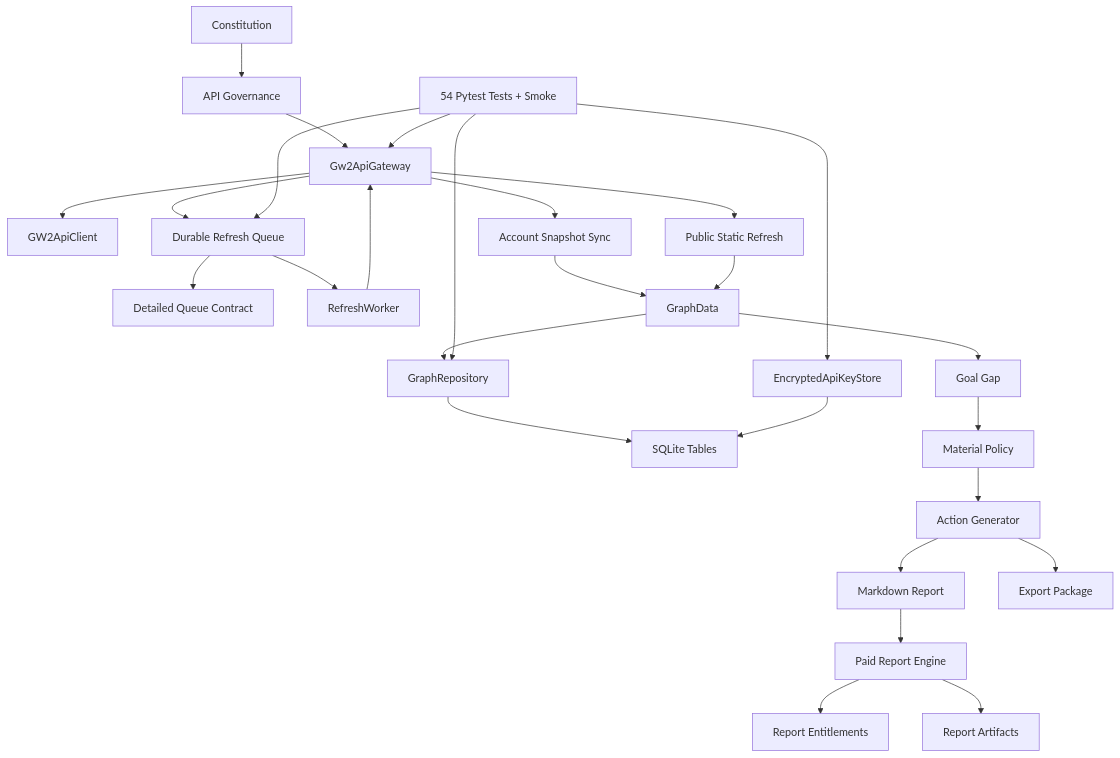
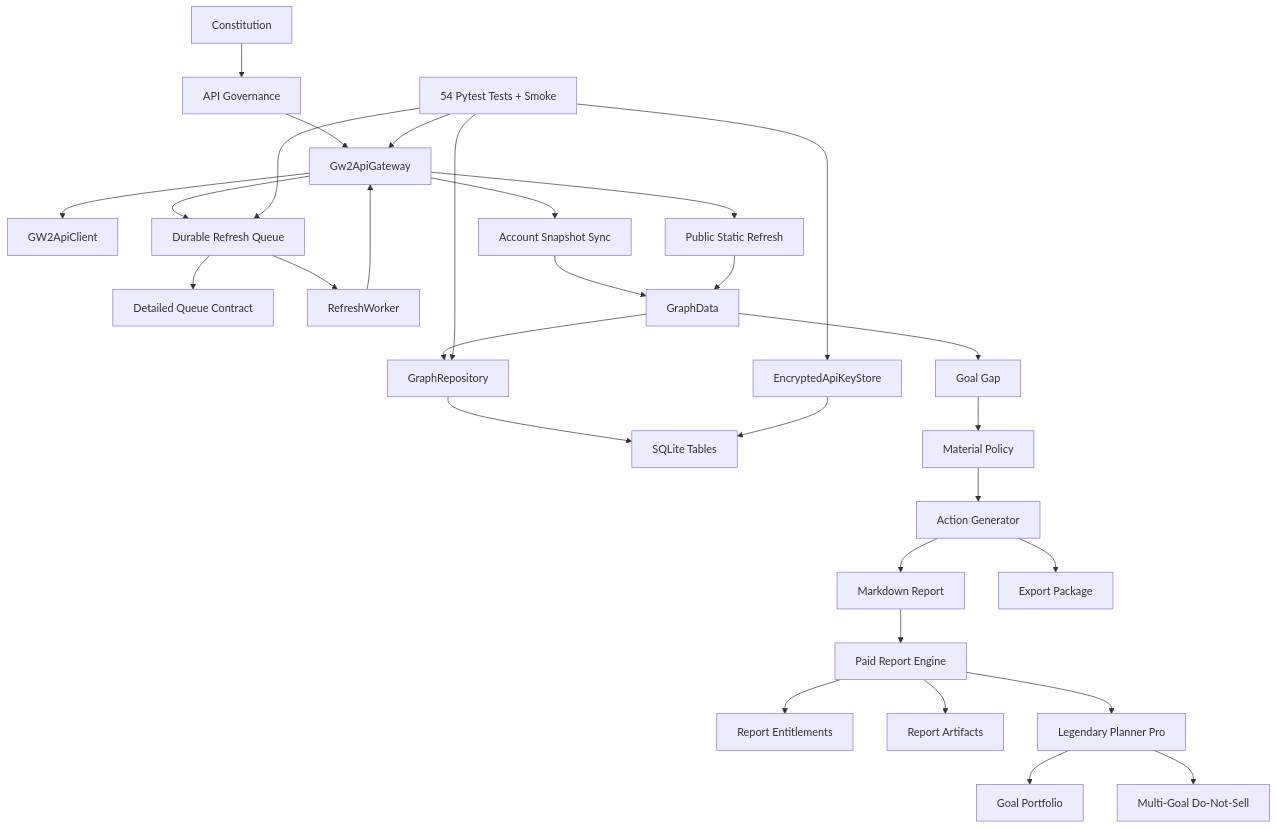
One commit to johnslee1207-commits/gw2radar changed the diagram in docs/analysis/POST_MVP_GRAPH_MATURITY_AND_ROADMAP.md. Above: the diagram before and after it, drawn with Mermaid. The commit also changed other lines of this file and 21 other files, not shown here.

Commit message:
Add legendary planner pro

````diff
--- a/docs/analysis/POST_MVP_GRAPH_MATURITY_AND_ROADMAP.md
+++ b/docs/analysis/POST_MVP_GRAPH_MATURITY_AND_ROADMAP.md
@@ -39,33 +39,36 @@
 ```mermaid
 flowchart TD
   Constitution["Constitution"] --> Governance["API Governance"]
   Governance --> Gateway["Gw2ApiGateway"]
   Gateway --> Client["GW2ApiClient"]
   Gateway --> Queue["Durable Refresh Queue"]
   Queue --> QueueContract["Detailed Queue Contract"]
   Queue --> Worker["RefreshWorker"]
   Worker --> Gateway
 
   Gateway --> AccountSync["Account Snapshot Sync"]
   Gateway --> PublicRefresh["Public Static Refresh"]
 
   GraphData["GraphData"] --> Repository["GraphRepository"]
   Repository --> SQLite["SQLite Tables"]
   AccountSync --> GraphData
   PublicRefresh --> GraphData
 
   GraphData --> Gap["Goal Gap"]
   Gap --> Policy["Material Policy"]
   Policy --> Actions["Action Generator"]
   Actions --> Report["Markdown Report"]
   Actions --> Package["Export Package"]
   Report --> PaidReports["Paid Report Engine"]
   PaidReports --> Entitlements["Report Entitlements"]
   PaidReports --> Artifacts["Report Artifacts"]
+  PaidReports --> LegendaryPro["Legendary Planner Pro"]
+  LegendaryPro --> Portfolio["Goal Portfolio"]
+  LegendaryPro --> DoNotSell["Multi-Goal Do-Not-Sell"]
 
   KeyStore["EncryptedApiKeyStore"] --> SQLite
   Tests["54 Pytest Tests + Smoke"] --> Gateway
   Tests --> Queue
   Tests --> Repository
   Tests --> KeyStore
 ```
````
